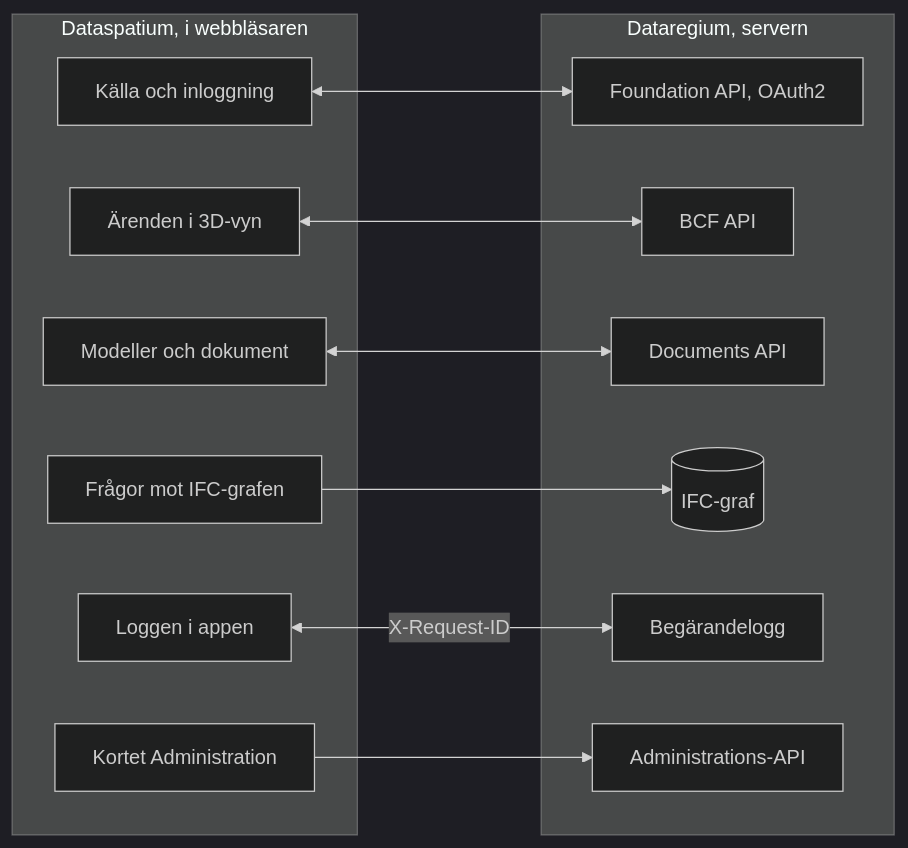
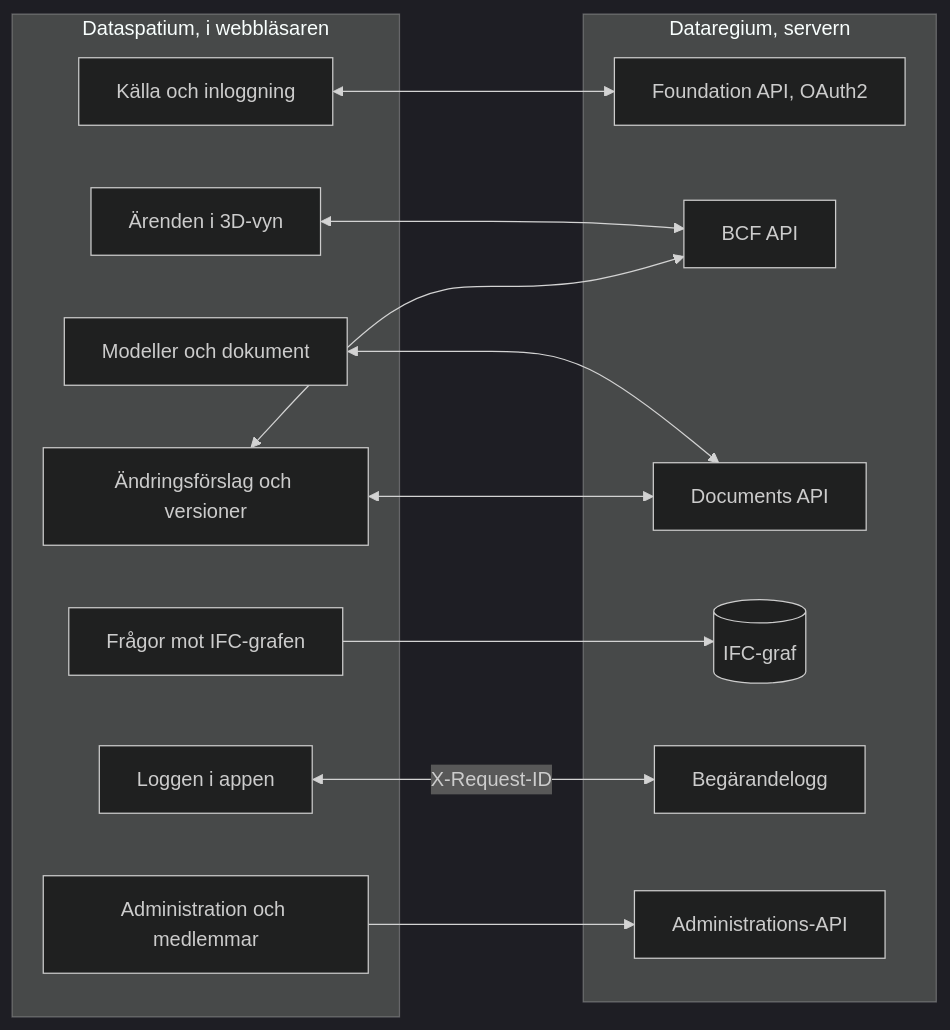
The diagram in README.md (marwiss/Dataspatium), drawn with Mermaid (dark theme) before and after one commit. The commit also changed other lines of this file and 6 other files, not shown here.

````diff
--- a/README.md
+++ b/README.md
@@ -161,25 +235,28 @@
 ```mermaid
 flowchart LR
     subgraph app ["Dataspatium, i webbläsaren"]
         source["Källa och inloggning"]
         issues["Ärenden i 3D-vyn"]
         files["Modeller och dokument"]
+        changes["Ändringsförslag och versioner"]
         queries["Frågor mot IFC-grafen"]
         log["Loggen i appen"]
-        admin["Kortet Administration"]
+        admin["Administration och medlemmar"]
     end
     subgraph server ["Dataregium, servern"]
         foundation["Foundation API, OAuth2"]
         bcf["BCF API"]
         documents["Documents API"]
         ifcgraph[("IFC-graf")]
         requests["Begärandelogg"]
         adminapi["Administrations-API"]
     end
     source <--> foundation
     issues <--> bcf
     files <--> documents
+    changes <--> bcf
+    changes <--> documents
     queries --> ifcgraph
     log <-- "X-Request-ID" --> requests
     admin --> adminapi
 ```
````
